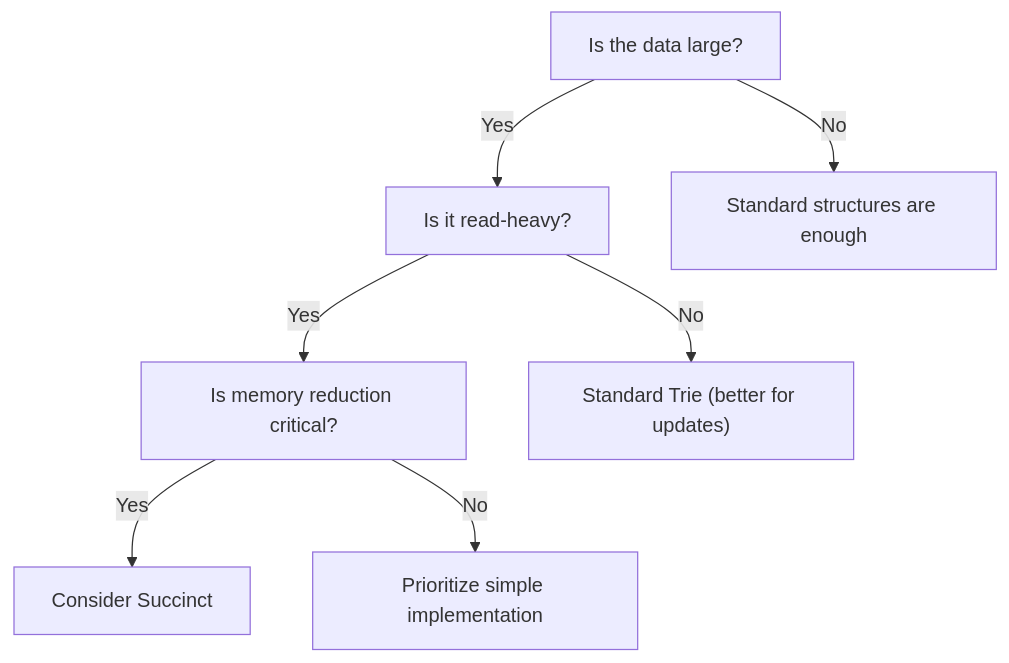
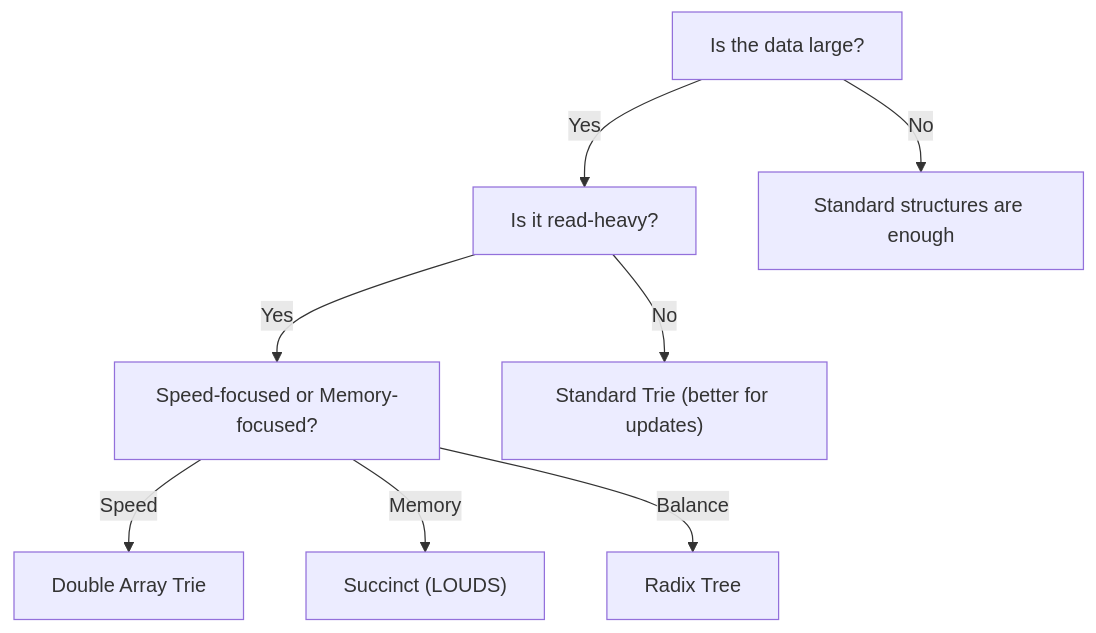
The fourth of 4 diagrams in software/succinct_en.md (sokoide/workshop), drawn with Mermaid before and after one commit. The commit also changed other lines of this file and 5 other files, not shown here.

````diff
--- a/software/succinct_en.md
+++ b/software/succinct_en.md
@@ -357,9 +392,10 @@
 ```mermaid
 flowchart TD
     A["Is the data large?"] -->|Yes| B["Is it read-heavy?"]
     A -->|No| N["Standard structures are enough"]
-    B -->|Yes| C["Is memory reduction critical?"]
+    B -->|Yes| C["Speed-focused or Memory-focused?"]
     B -->|No| D["Standard Trie (better for updates)"]
-    C -->|Yes| E["Consider Succinct"]
-    C -->|No| F["Prioritize simple implementation"]
+    C -->|Speed| E["Double Array Trie"]
+    C -->|Memory| F["Succinct (LOUDS)"]
+    C -->|Balance| G["Radix Tree"]
 ```
````
